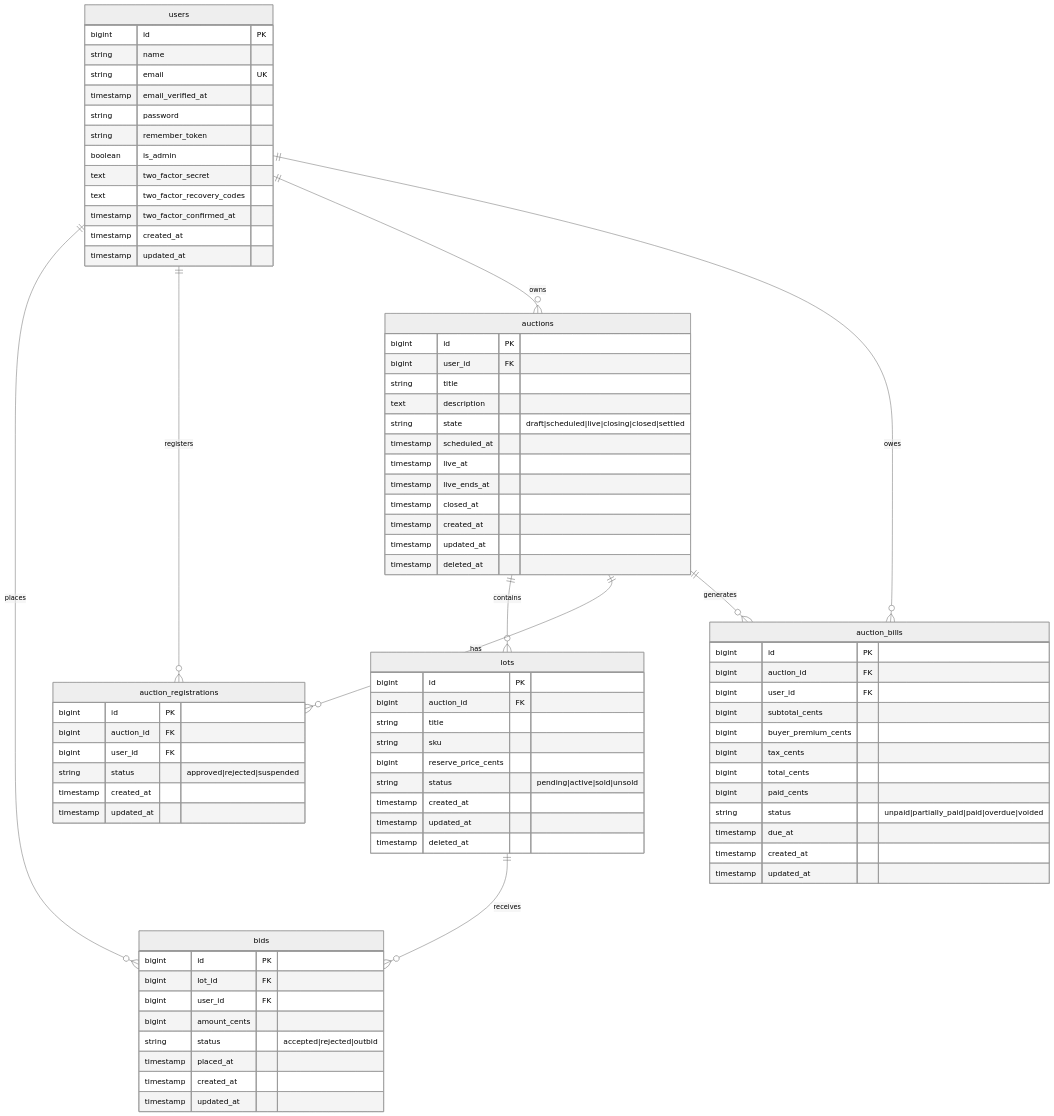
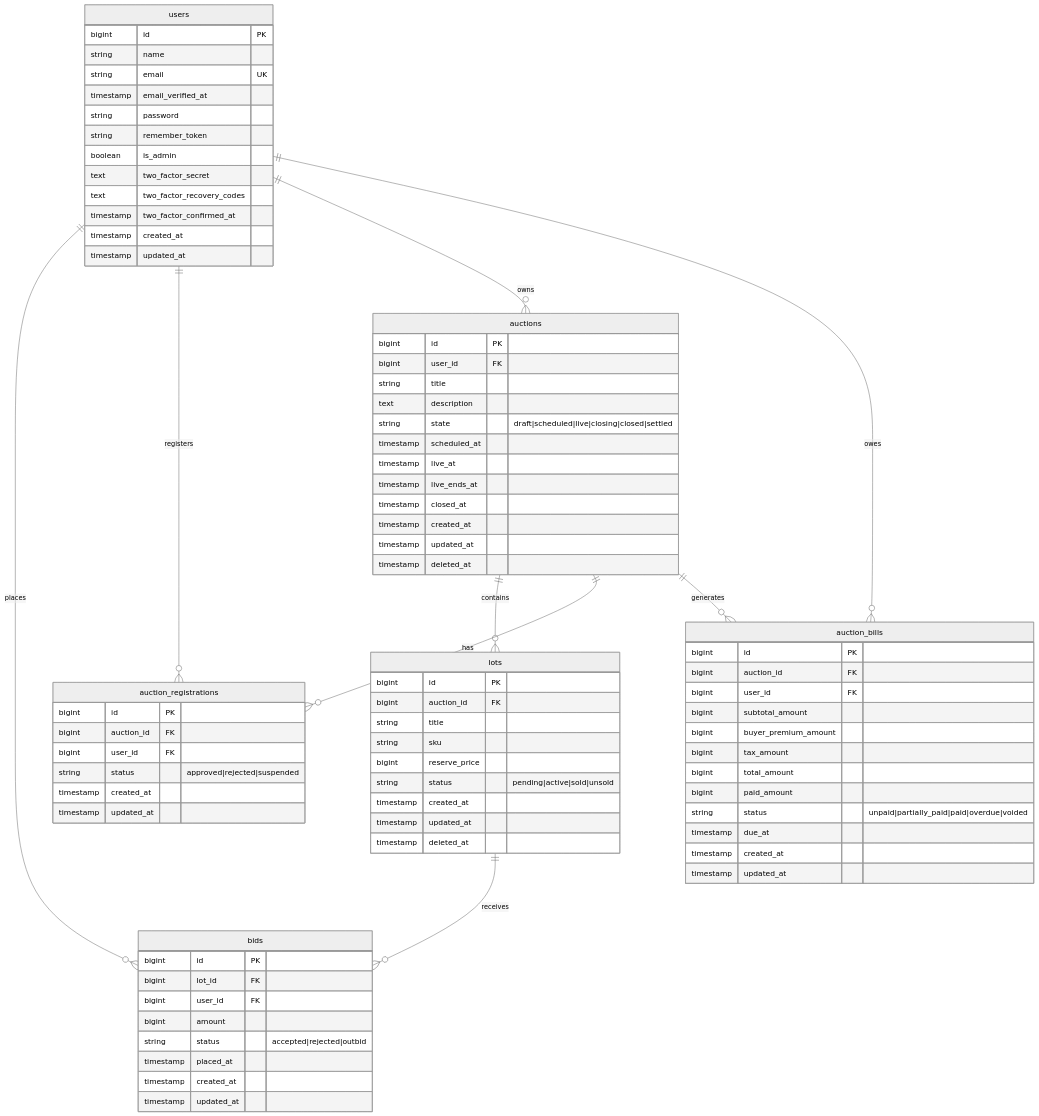
Before and after one commit to danielh-official/auctic-demo: the diagram in docs/ER-DIAGRAM.md, drawn with Mermaid (neutral theme). The commit also changed other lines of this file and 22 other files, not shown here.

```diff
--- a/docs/ER-DIAGRAM.md
+++ b/docs/ER-DIAGRAM.md
@@ -51,7 +51,7 @@
         bigint auction_id FK
         string title
         string sku
-        bigint reserve_price_cents
+        bigint reserve_price
         string status "pending|active|sold|unsold"
         timestamp created_at
         timestamp updated_at
@@ -62,7 +62,7 @@
         bigint id PK
         bigint lot_id FK
         bigint user_id FK
-        bigint amount_cents
+        bigint amount
         string status "accepted|rejected|outbid"
         timestamp placed_at
         timestamp created_at
@@ -84,11 +84,11 @@
         bigint id PK
         bigint auction_id FK
         bigint user_id FK
-        bigint subtotal_cents
-        bigint buyer_premium_cents
-        bigint tax_cents
-        bigint total_cents
-        bigint paid_cents
+        bigint subtotal_amount
+        bigint buyer_premium_amount
+        bigint tax_amount
+        bigint total_amount
+        bigint paid_amount
         string status "unpaid|partially_paid|paid|overdue|voided"
         timestamp due_at
         timestamp created_at
```
